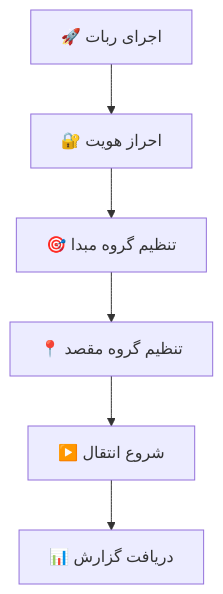
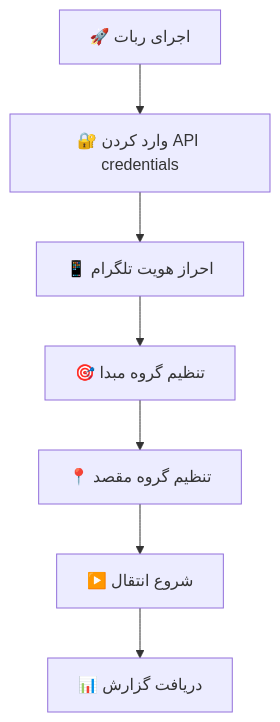
One commit to Parsa013Ah/Gap-Mover changed the diagram in README.md. Above: the diagram before and after it, drawn with Mermaid. The commit also changed other lines of this file, not shown here.

````diff
--- a/README.md
+++ b/README.md
@@ -118,8 +114,9 @@
 ```mermaid
 graph TD
-    A[🚀 اجرای ربات] --> B[🔐 احراز هویت]
-    B --> C[🎯 تنظیم گروه مبدا]
-    C --> D[📍 تنظیم گروه مقصد]
-    D --> E[▶️ شروع انتقال]
-    E --> F[📊 دریافت گزارش]
+    A[🚀 اجرای ربات] --> B[🔐 وارد کردن API credentials]
+    B --> C[📱 احراز هویت تلگرام]
+    C --> D[🎯 تنظیم گروه مبدا]
+    D --> E[📍 تنظیم گروه مقصد]
+    E --> F[▶️ شروع انتقال]
+    F --> G[📊 دریافت گزارش]
 ```
````
